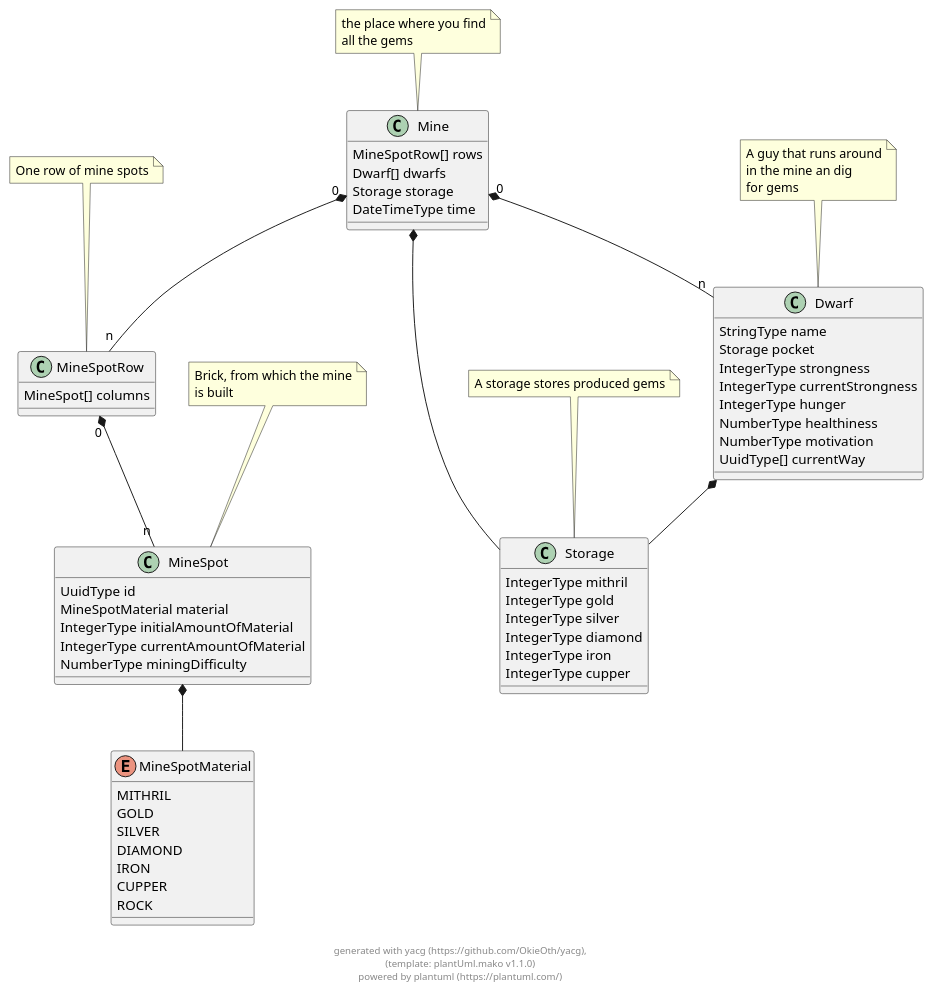
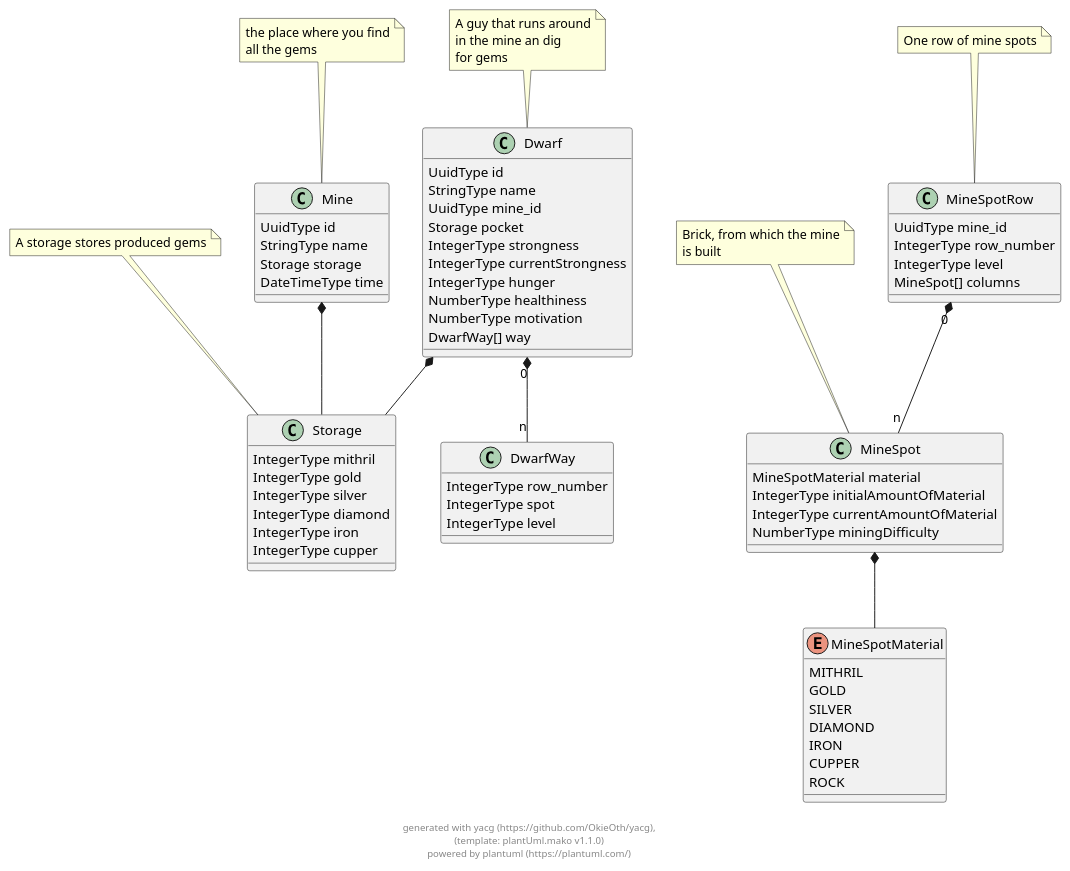
One commit to OkieOth/nibelheim_ts changed the diagram in docs/generated/nibelheim.puml. Above: the diagram before and after it, drawn with PlantUML. The commit also changed 11 other files, not shown here.

```diff
--- a/docs/generated/nibelheim.puml
+++ b/docs/generated/nibelheim.puml
@@ -2,84 +2,94 @@
 @startuml
 
 class Mine {
-        MineSpotRow[] rows 
-        Dwarf[] dwarfs 
+        UuidType id 
+        StringType name 
         Storage storage 
         DateTimeType time 
 }
 
 note top: the place where you find\nall the gems
-
-class MineSpotRow {
-        MineSpot[] columns 
-}
-
-note top: One row of mine spots
-
-class Dwarf {
-        StringType name 
-        Storage pocket 
-        IntegerType strongness 
-        IntegerType currentStrongness 
-        IntegerType hunger 
-        NumberType healthiness 
-        NumberType motivation 
-        UuidType[] currentWay 
-}
-
-note top: A guy that runs around\nin the mine an dig\nfor gems
 
 class Storage {
         IntegerType mithril 
         IntegerType gold 
         IntegerType silver 
         IntegerType diamond 
         IntegerType iron 
         IntegerType cupper 
 }
 
 note top: A storage stores produced gems
 
 enum MineSpotMaterial {
     MITHRIL
     GOLD
     SILVER
     DIAMOND
     IRON
     CUPPER
     ROCK
 }
 
 
 class MineSpot {
-        UuidType id 
         MineSpotMaterial material 
         IntegerType initialAmountOfMaterial 
         IntegerType currentAmountOfMaterial 
         NumberType miningDifficulty 
 }
 
 note top: Brick, from which the mine\nis built
 
+class MineSpotRow {
+        UuidType mine_id 
+        IntegerType row_number 
+        IntegerType level 
+        MineSpot[] columns 
+}
+
+note top: One row of mine spots
+
+class Dwarf {
+        UuidType id 
+        StringType name 
+        UuidType mine_id 
+        Storage pocket 
+        IntegerType strongness 
+        IntegerType currentStrongness 
+        IntegerType hunger 
+        NumberType healthiness 
+        NumberType motivation 
+        DwarfWay[] way 
+}
+
+note top: A guy that runs around\nin the mine an dig\nfor gems
+
+class DwarfWay {
+        IntegerType row_number 
+        IntegerType spot 
+        IntegerType level 
+}
+
+
 
     
-Mine "0" *-- "n" MineSpotRow        
+Mine  *--  Storage        
             
-Mine "0" *-- "n" Dwarf        
-            
-Mine  *--  Storage        
+    
+    
+    
+MineSpot  *--  MineSpotMaterial        
             
     
 MineSpotRow "0" *-- "n" MineSpot        
             
     
 Dwarf  *--  Storage        
             
+Dwarf "0" *-- "n" DwarfWay        
+            
     
-    
-    
-MineSpot  *--  MineSpotMaterial        
-            
 
 footer \ngenerated with yacg (https://github.com/OkieOth/yacg),\n(template: plantUml.mako v1.1.0)\npowered by plantuml (https://plantuml.com/)
 @enduml
```
